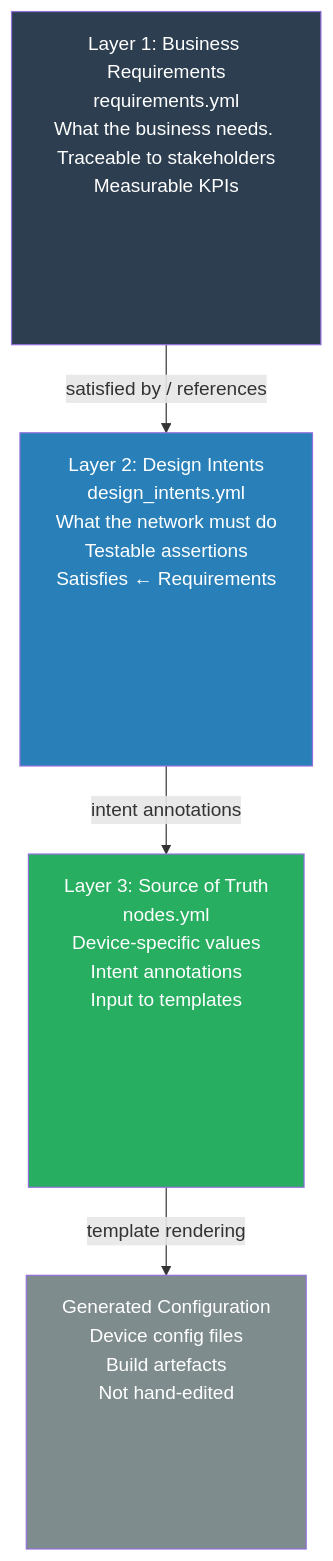
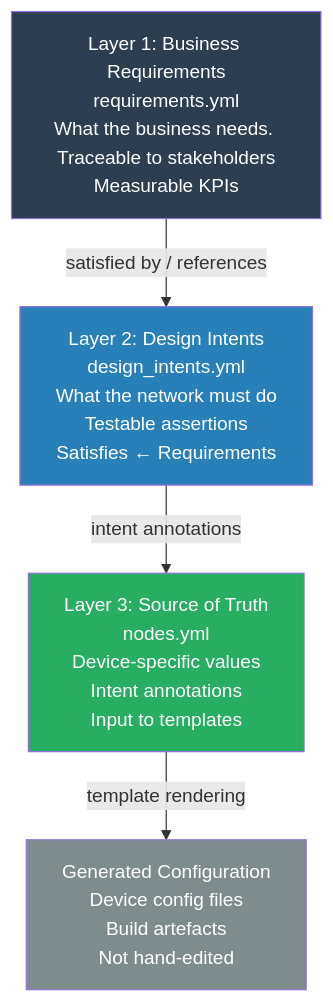
Before and after one commit to ppklau/network_automation_handbook: the second of 4 diagrams in 06-architecture-patterns/chapter.md, drawn with Mermaid. The commit also changed other lines of this file and 9 other files, not shown here.

Commit message:
Updated Mermaid charts.

````diff
--- a/06-architecture-patterns/chapter.md
+++ b/06-architecture-patterns/chapter.md
@@ -102,16 +102,16 @@
 ```mermaid
 flowchart TD
-    L1["<div style='min-height:250px'>Layer 1: Business Requirements<br>requirements.yml<br>What the business needs. Traceable to stakeholders<br>Measurable KPIs</div>"]
-    L2["<div style='min-height:250px'>Layer 2: Design Intents<br>design_intents.yml<br>What the network must do<br>Testable assertions<br>Satisfies ← Requirements</div>"]
-    L3["<div style='min-height:250px'>Layer 3: Source of Truth<br>nodes.yml<br>Device-specific values<br>Intent annotations<br>Input to templates</div>"]
-    L4["<div style='min-height:200px'>Generated Configuration<br>Device config files<br>Build artefacts<br>Not hand-edited</div>"]
+    L1["Layer 1: Business Requirements<br>requirements.yml<br>What the business needs. Traceable to stakeholders<br>Measurable KPIs"]
+    L2["Layer 2: Design Intents<br>design_intents.yml<br>What the network must do<br>Testable assertions<br>Satisfies ← Requirements"]
+    L3["Layer 3: Source of Truth<br>nodes.yml<br>Device-specific values<br>Intent annotations<br>Input to templates"]
+    L4["Generated Configuration<br>Device config files<br>Build artefacts<br>Not hand-edited"]
 
     L1 -->|"satisfied by / references"| L2
     L2 -->|"intent annotations"| L3
     L3 -->|"template rendering"| L4
 
     style L1 fill:#2c3e50,color:#fff
     style L2 fill:#2980b9,color:#fff
     style L3 fill:#27ae60,color:#fff
     style L4 fill:#7f8c8d,color:#fff
 ```
````
